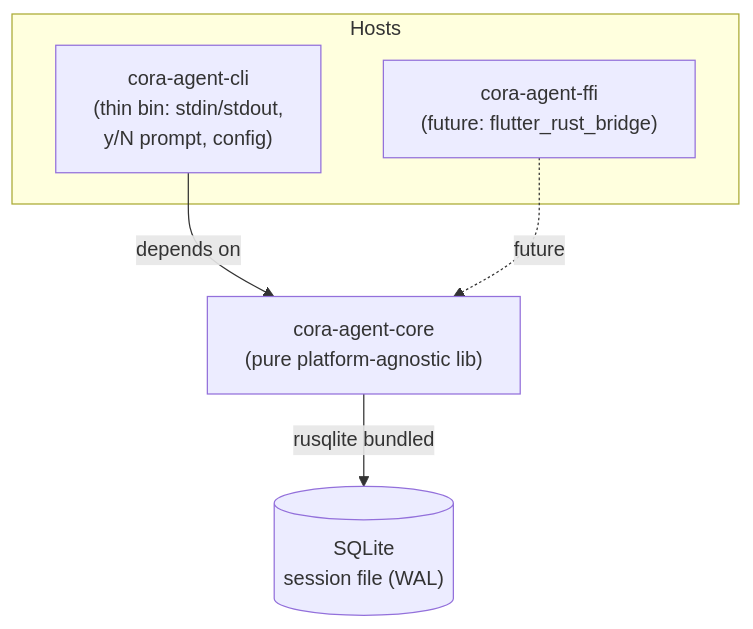
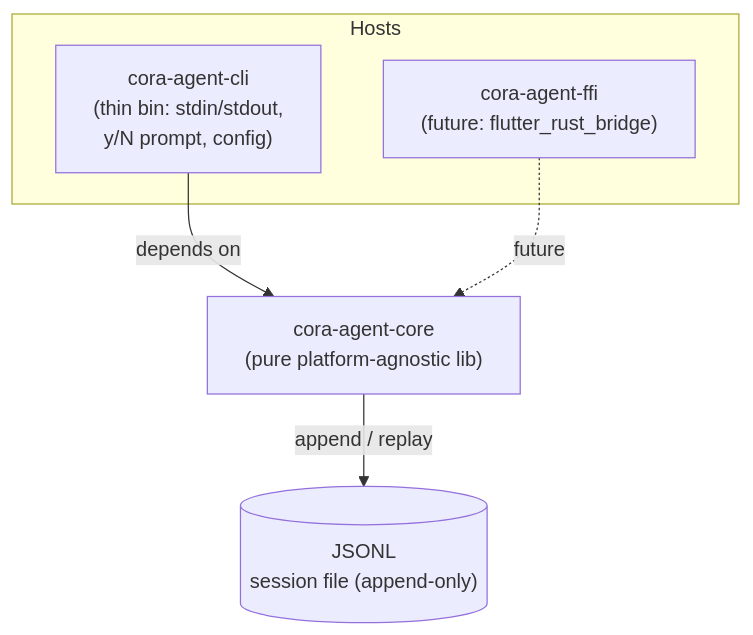
One commit to codecoradev/tole changed the first of 3 diagrams in docs/architecture.md. Above: the diagram before and after it, drawn with Mermaid. The commit also changed other lines of this file and 2 other files, not shown here.

First line of the commit message:
docs: switch session storage to JSONL per-session (industry pattern)

````diff
--- a/docs/architecture.md
+++ b/docs/architecture.md
@@ -15,12 +15,12 @@
 ```mermaid
 graph TD
     subgraph Hosts
         CLI["cora-agent-cli<br/>(thin bin: stdin/stdout,<br/>y/N prompt, config)"]
         FFI["cora-agent-ffi<br/>(future: flutter_rust_bridge)"]
     end
     CORE["cora-agent-core<br/>(pure platform-agnostic lib)"]
-    DB[("SQLite<br/>session file (WAL)")]
+    DB[("JSONL<br/>session file (append-only)")]
     CLI -->|depends on| CORE
     FFI -.->|future| CORE
-    CORE -->|rusqlite bundled| DB
+    CORE -->|append / replay| DB
 ```
````
